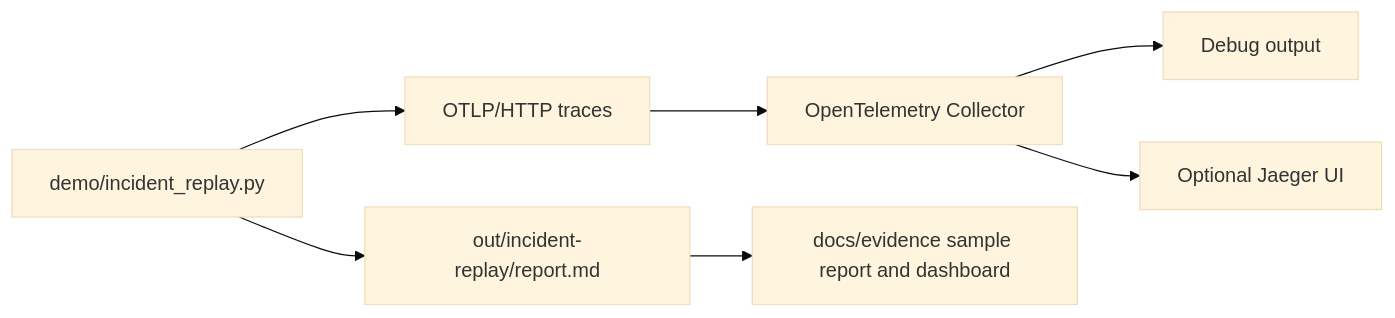
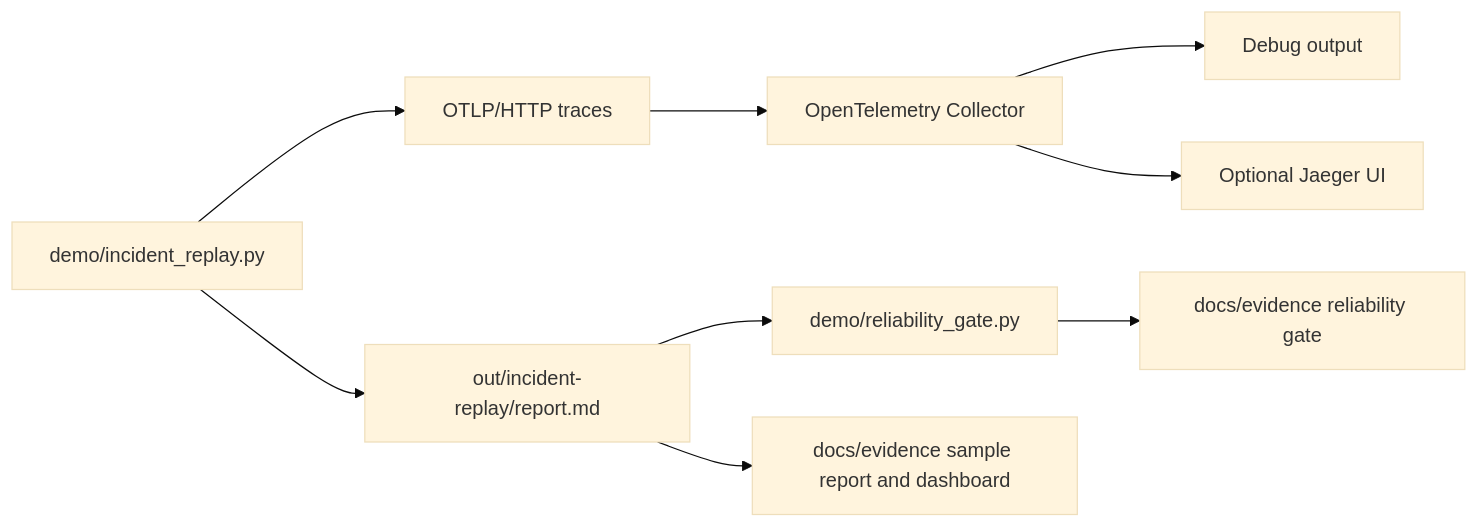
Before and after one commit to Haihan-Jiang/gke-ai-workload-observability-recipes: the diagram in docs/architecture/incident-replay.md, drawn with Mermaid (base theme). The commit also changed other lines of this file and 11 other files, not shown here.

Commit message:
Add inference reliability gate

````diff
--- a/docs/architecture/incident-replay.md
+++ b/docs/architecture/incident-replay.md
@@ -7,9 +9,11 @@
 ```mermaid
 flowchart LR
 replay["demo/incident_replay.py"] --> otlp["OTLP/HTTP traces"]
 otlp --> collector["OpenTelemetry Collector"]
 collector --> debug["Debug output"]
 collector --> jaeger["Optional Jaeger UI"]
 replay --> report["out/incident-replay/report.md"]
+report --> gate["demo/reliability_gate.py"]
+gate --> gateEvidence["docs/evidence reliability gate"]
 report --> evidence["docs/evidence sample report and dashboard"]
 ```
````
